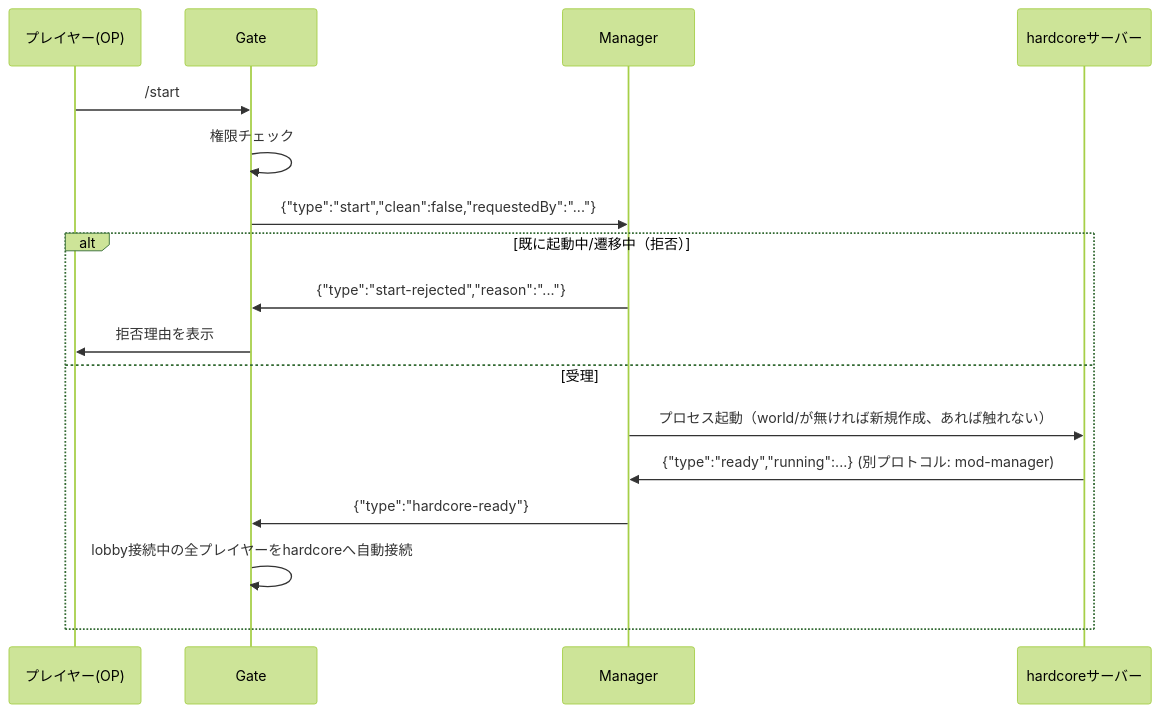
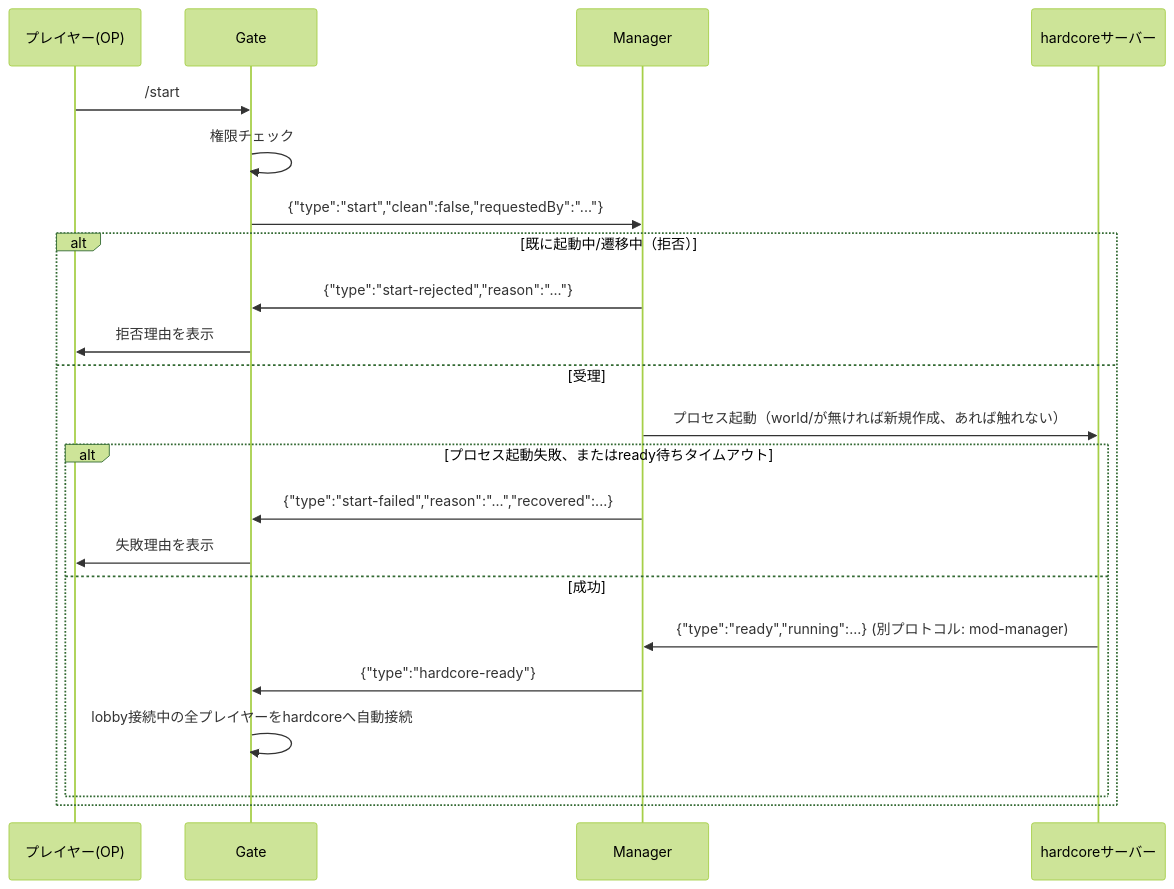
One commit to RayLight1732/hardcore-together-manager changed the third of 4 diagrams in docs/protocol-gate-manager.md. Above: the diagram before and after it, drawn with Mermaid (forest theme). The commit also changed other lines of this file and 2 other files, not shown here.

Commit message:
docs: hardcore-together-docsから同期 (#15)

````diff
--- a/docs/protocol-gate-manager.md
+++ b/docs/protocol-gate-manager.md
@@ -272,20 +332,25 @@
 ```mermaid
 sequenceDiagram
     participant P as プレイヤー(OP)
     participant G as Gate
     participant M as Manager
     participant H as hardcoreサーバー
 
     P->>G: /start
     G->>G: 権限チェック
     G->>M: {"type":"start","clean":false,"requestedBy":"..."}
     alt 既に起動中/遷移中（拒否）
         M->>G: {"type":"start-rejected","reason":"..."}
         G->>P: 拒否理由を表示
     else 受理
         M->>H: プロセス起動（world/が無ければ新規作成、あれば触れない）
-        H->>M: {"type":"ready","running":...}  (別プロトコル: mod-manager)
-        M->>G: {"type":"hardcore-ready"}
-        G->>G: lobby接続中の全プレイヤーをhardcoreへ自動接続
+        alt プロセス起動失敗、またはready待ちタイムアウト
+            M->>G: {"type":"start-failed","reason":"...","recovered":...}
+            G->>P: 失敗理由を表示
+        else 成功
+            H->>M: {"type":"ready","running":...}  (別プロトコル: mod-manager)
+            M->>G: {"type":"hardcore-ready"}
+            G->>G: lobby接続中の全プレイヤーをhardcoreへ自動接続
+        end
     end
 ```
````
